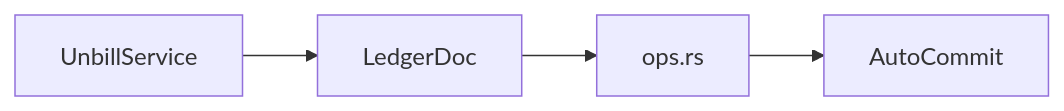
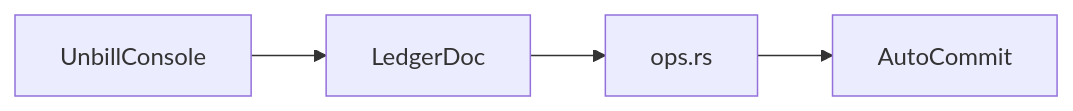
The diagram in crates/unbill-console/src/doc/DESIGN.md (unbill-project/unbill), drawn with Mermaid before and after one commit. The commit also changed 26 other files, not shown here.

Commit message:
docs: rename unbill-service to unbill-console

````diff
--- a/crates/unbill-console/src/doc/DESIGN.md
+++ b/crates/unbill-console/src/doc/DESIGN.md
@@ -14,6 +14,6 @@
 ```mermaid
 flowchart LR
-    Service["UnbillService"] --> LedgerDoc["LedgerDoc"]
+    Service["UnbillConsole"] --> LedgerDoc["LedgerDoc"]
     LedgerDoc --> Ops["ops.rs"]
     Ops --> Automerge["AutoCommit"]
 ```
````
